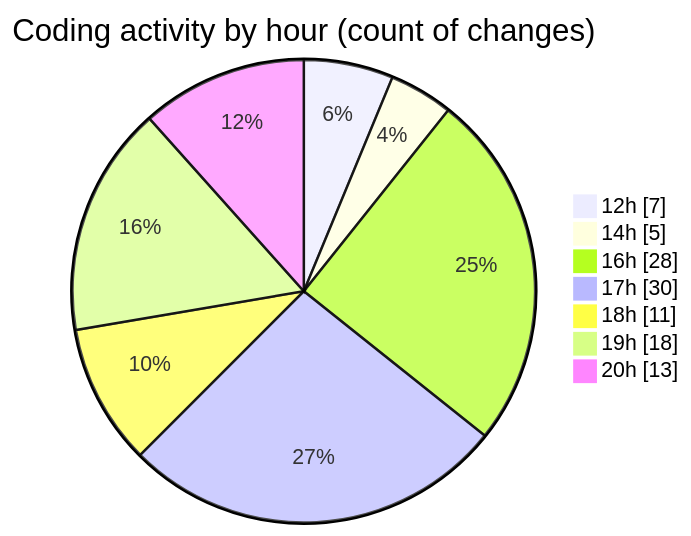
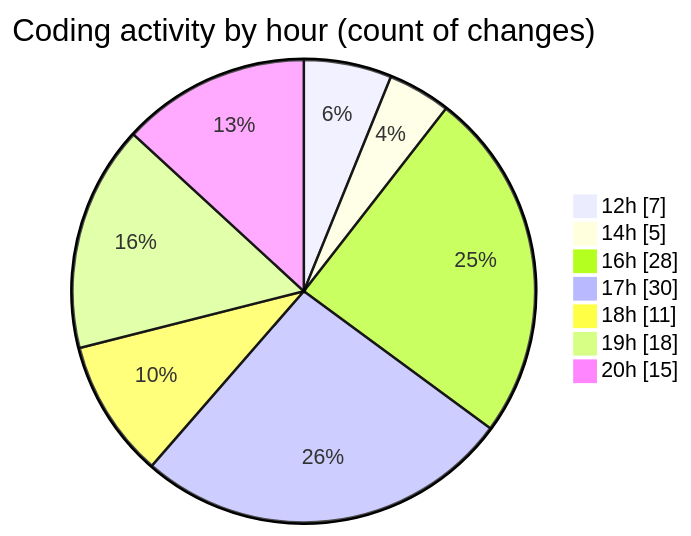
Before and after one commit to julien-gomy/code-tracking: the second of 2 diagrams in 2025-10-06/eventscop-frontend-guide__workspace_/README.md, drawn with Mermaid. The commit also changed other lines of this file and 1 other file, not shown here.

````diff
--- a/2025-10-06/eventscop-frontend-guide__workspace_/README.md
+++ b/2025-10-06/eventscop-frontend-guide__workspace_/README.md
@@ -64,11 +64,11 @@
 ```mermaid
 pie showData
 title Coding activity by hour (count of changes)
 "12h" : 7
 "14h" : 5
 "16h" : 28
 "17h" : 30
 "18h" : 11
 "19h" : 18
-"20h" : 13
+"20h" : 15
 ```
````
